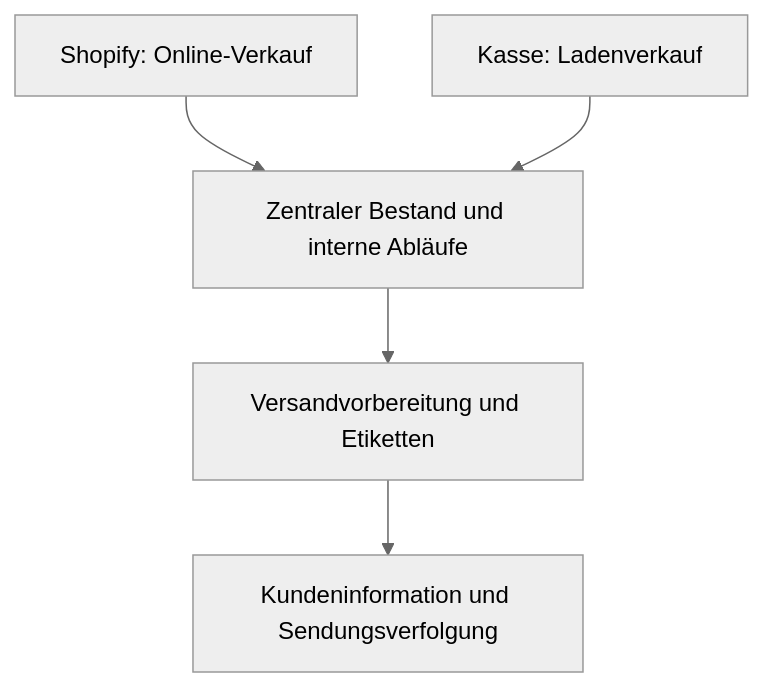
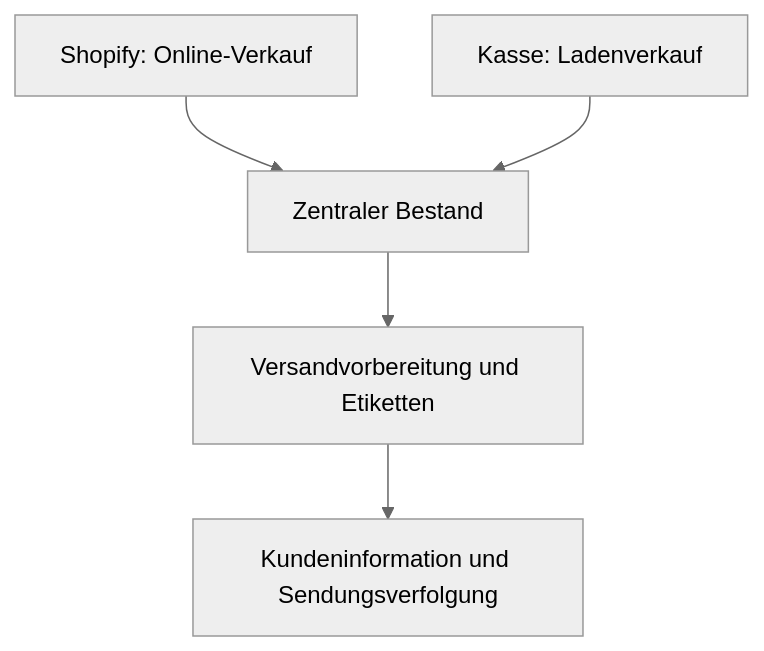
Before and after one commit to haskallalk-eng/haskallalk-eng: the diagram in case-studies/doctor-k.md, drawn with Mermaid (neutral theme). The commit also changed other lines of this file and 6 other files, not shown here.

````diff
--- a/case-studies/doctor-k.md
+++ b/case-studies/doctor-k.md
@@ -25,7 +22,7 @@
 ```mermaid
 flowchart TD
-    A["Shopify: Online-Verkauf"] --> C["Zentraler Bestand und interne Abläufe"]
+    A["Shopify: Online-Verkauf"] --> C["Zentraler Bestand"]
     B["Kasse: Ladenverkauf"] --> C
     C --> D["Versandvorbereitung und Etiketten"]
     D --> E["Kundeninformation und Sendungsverfolgung"]
 ```
````
